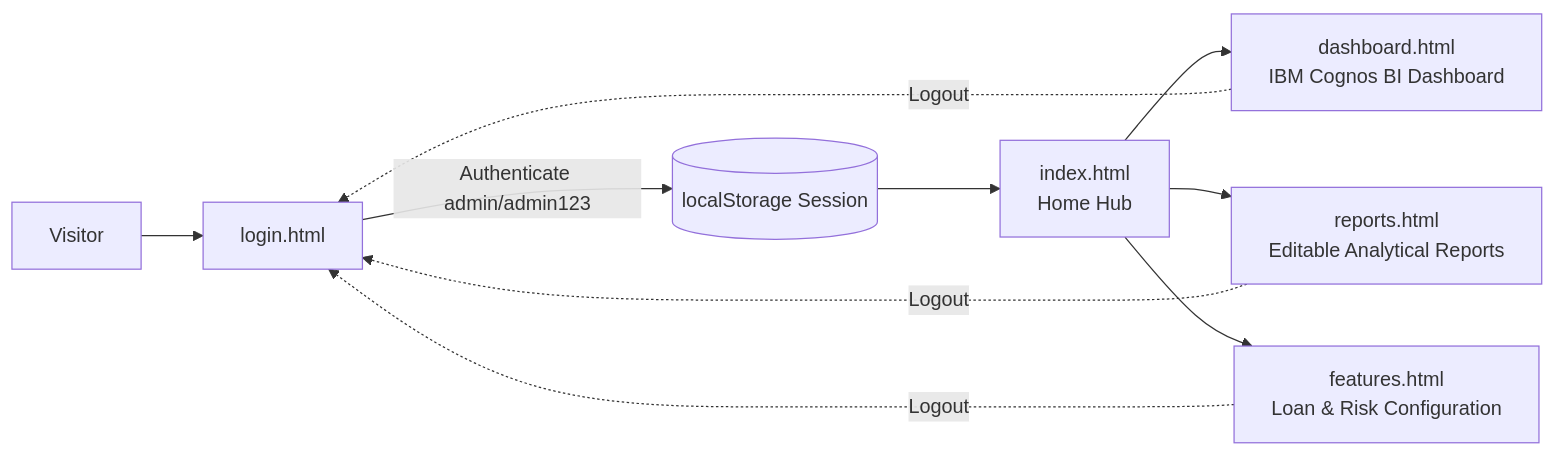
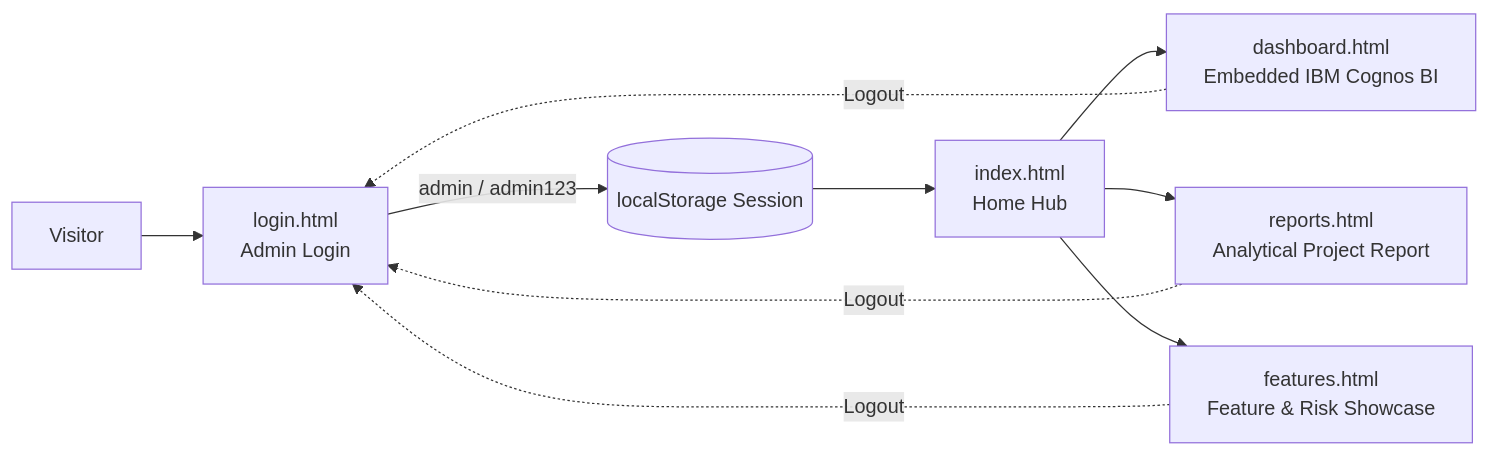
The diagram in README.md (Aakash02A/BI-Lending-Lens), drawn with Mermaid before and after one commit. The commit also changed other lines of this file and 8 other files, not shown here.

````diff
--- a/README.md
+++ b/README.md
@@ -109,12 +109,12 @@
 ```mermaid
 flowchart LR
-    A[Visitor] --> B[login.html]
-    B -->|Authenticate admin/admin123| C[(localStorage Session)]
+    A[Visitor] --> B[login.html<br/>Admin Login]
+    B -->|admin / admin123| C[(localStorage Session)]
     C --> D[index.html<br/>Home Hub]
-    D --> E[dashboard.html<br/>IBM Cognos BI Dashboard]
-    D --> F[reports.html<br/>Editable Analytical Reports]
-    D --> G[features.html<br/>Loan & Risk Configuration]
+    D --> E[dashboard.html<br/>Embedded IBM Cognos BI]
+    D --> F[reports.html<br/>Analytical Project Report]
+    D --> G[features.html<br/>Feature & Risk Showcase]
     E -.->|Logout| B
     F -.->|Logout| B
     G -.->|Logout| B
 ```
````
